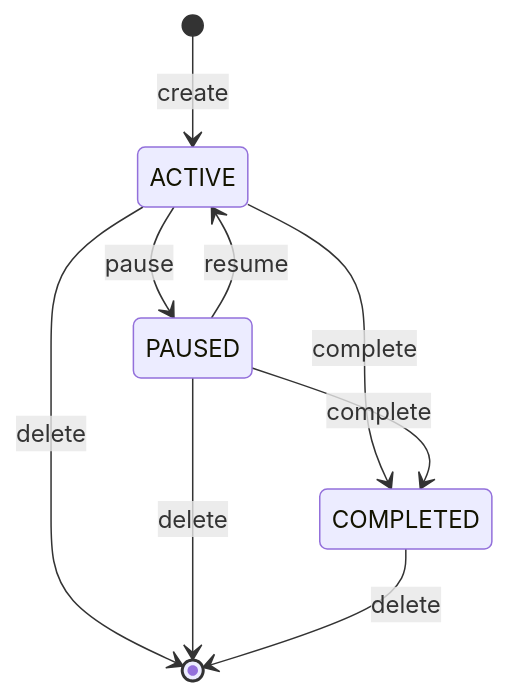
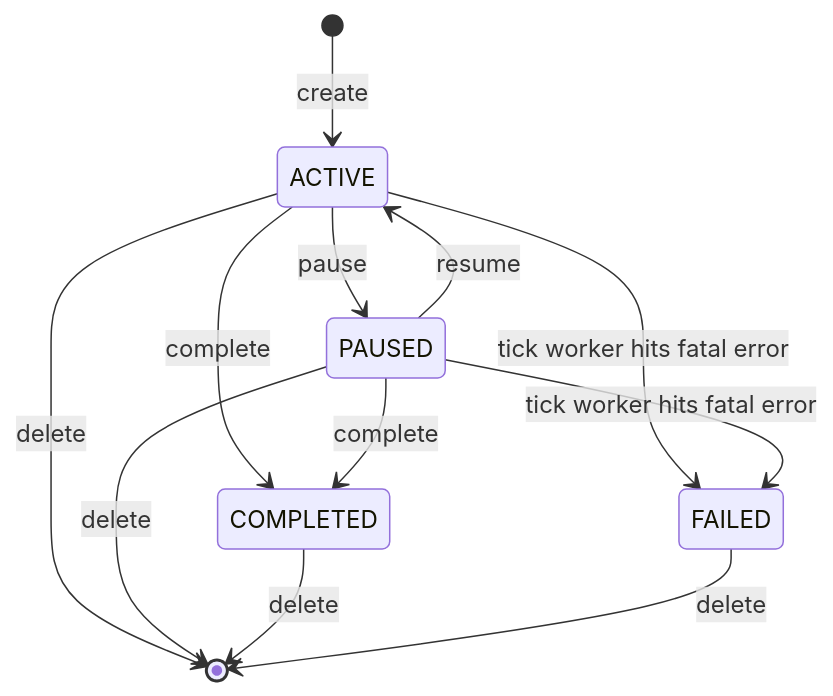
Before and after one commit to ever-works/ever-works: the diagram in docs/features/missions.md, drawn with Mermaid. The commit also changed other lines of this file and 5 other files, not shown here.

````diff
--- a/docs/features/missions.md
+++ b/docs/features/missions.md
@@ -41,11 +41,14 @@
 ```mermaid
 stateDiagram-v2
     [*] --> ACTIVE: create
     ACTIVE --> PAUSED: pause
     PAUSED --> ACTIVE: resume
     ACTIVE --> COMPLETED: complete
     PAUSED --> COMPLETED: complete
+    ACTIVE --> FAILED: tick worker hits fatal error
+    PAUSED --> FAILED: tick worker hits fatal error
     ACTIVE --> [*]: delete
     PAUSED --> [*]: delete
     COMPLETED --> [*]: delete
+    FAILED --> [*]: delete
 ```
````
